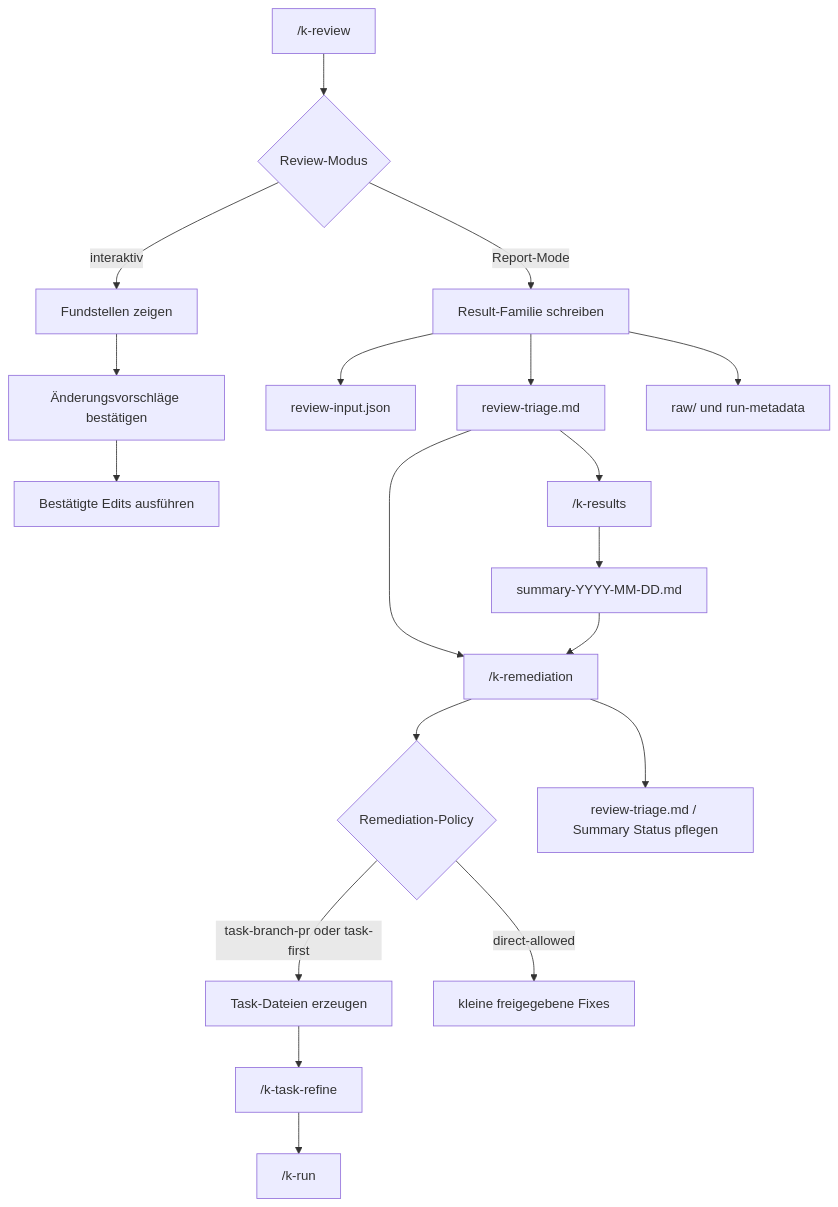
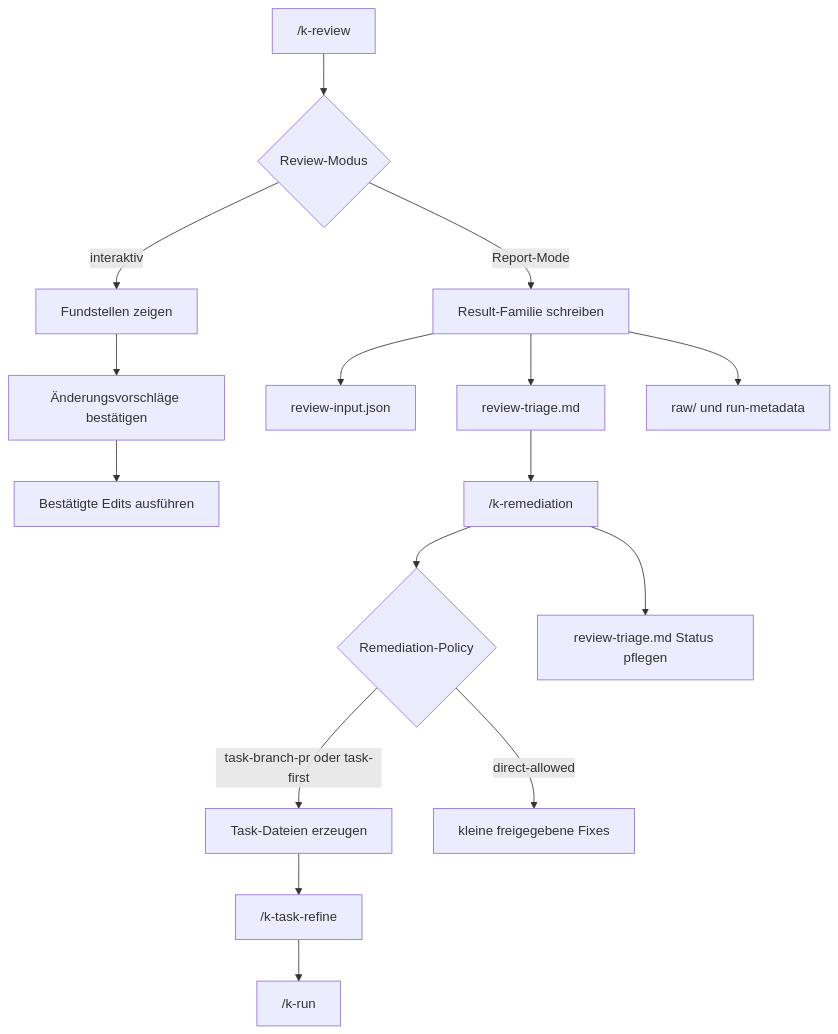
Before and after one commit to kascada/k-playbook: the diagram in docs/code-review.md, drawn with Mermaid. The commit also changed other lines of this file and 26 other files, not shown here.

````diff
--- a/docs/code-review.md
+++ b/docs/code-review.md
@@ -7,21 +7,18 @@
 ```mermaid
 flowchart TD
     A["/k-review <name>"] --> B{"Review-Modus"}
     B -->|interaktiv| C["Fundstellen zeigen"]
     C --> D["Änderungsvorschläge bestätigen"]
     D --> E["Bestätigte Edits ausführen"]
     B -->|Report-Mode| F["Result-Familie schreiben"]
     F --> G["review-input.json"]
     F --> H["review-triage.md"]
     F --> I["raw/ und run-metadata"]
-    H --> J["/k-results"]
-    J --> K["summary-YYYY-MM-DD.md"]
-    H --> L["/k-remediation <review-triage-or-summary>"]
-    K --> L
+    H --> L["/k-remediation <review-triage>"]
     L --> M{"Remediation-Policy"}
     M -->|task-branch-pr oder task-first| N["Task-Dateien erzeugen"]
     N --> O["/k-task-refine"]
     O --> P["/k-run"]
     M -->|direct-allowed| Q["kleine freigegebene Fixes"]
-    L --> R["review-triage.md / Summary Status pflegen"]
+    L --> R["review-triage.md Status pflegen"]
 ```
````
